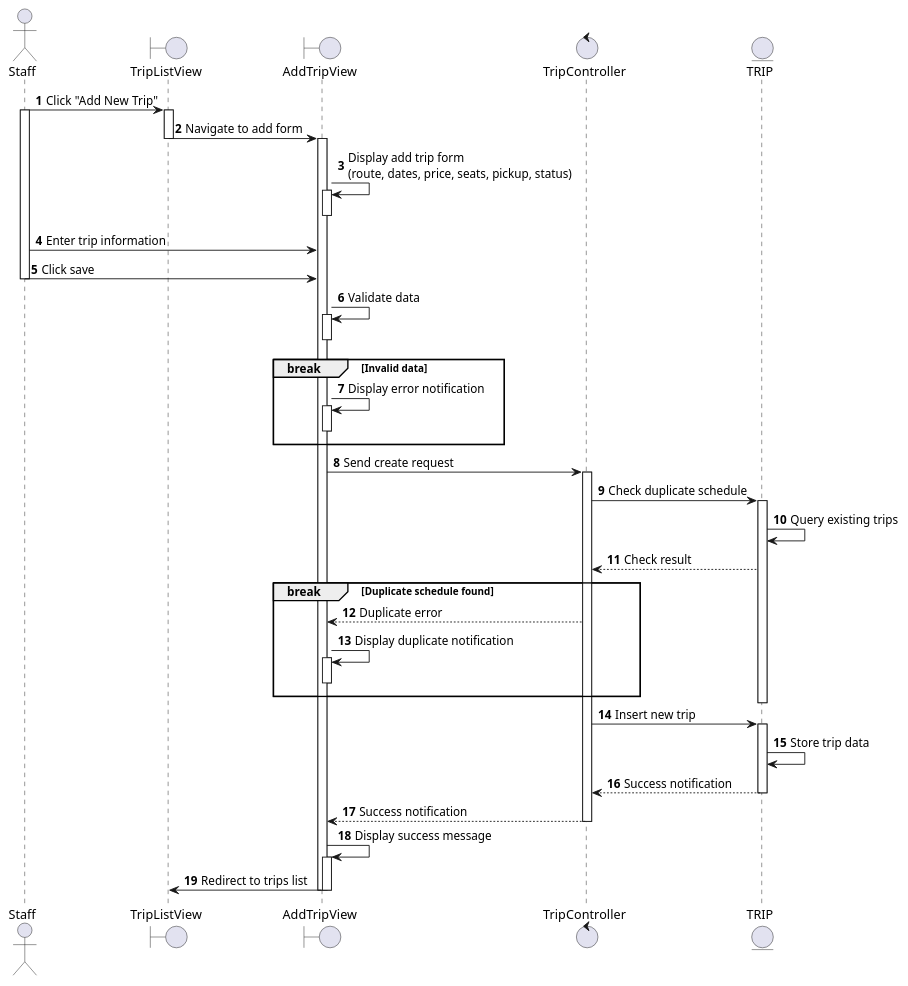
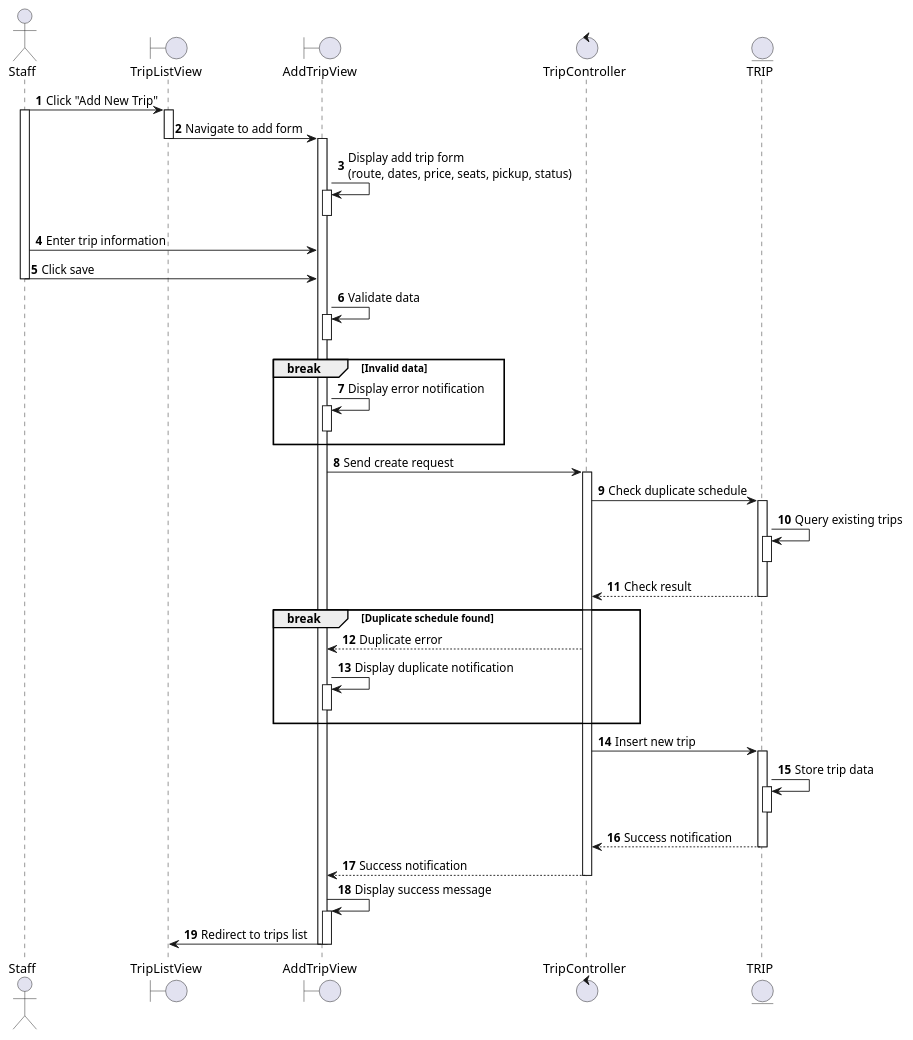
The diagram in docs/docs/sequence/manage-trips/add-new-trip.md (se113-wm/se113-wm.github.io), drawn with PlantUML before and after one commit. The commit also changed 37 other files, not shown here.

First line of the commit message:
Refactor sequence diagrams for booking and trip management

````diff
--- a/docs/docs/sequence/manage-trips/add-new-trip.md
+++ b/docs/docs/sequence/manage-trips/add-new-trip.md
@@ -3,65 +3,71 @@
 ```plantuml
 @startuml
 autonumber
 
 actor Staff as S
 boundary TripListView as TLV
 boundary AddTripView as ATV
 control TripController as TC
 entity TRIP as T
 
 S -> TLV: Click "Add New Trip"
 activate S
 activate TLV
 TLV -> ATV: Navigate to add form
 deactivate TLV
 activate ATV
 ATV -> ATV: Display add trip form\n(route, dates, price, seats, pickup, status)
 activate ATV
 deactivate ATV
 
 S -> ATV: Enter trip information
 S -> ATV: Click save
 deactivate S
 ATV -> ATV: Validate data
 activate ATV
 deactivate ATV
 
 break Invalid data
   ATV -> ATV: Display error notification
   activate ATV
   deactivate ATV
 end
 
 ATV -> TC: Send create request
 activate TC
 TC -> T: Check duplicate schedule
 activate T
 T -> T: Query existing trips
+activate T
+deactivate T
+
 TC <-- T: Check result
+deactivate T
 
 break Duplicate schedule found
   ATV <-- TC: Duplicate error
   ATV -> ATV: Display duplicate notification
   activate ATV
   deactivate ATV
 end
 
 deactivate T
 TC -> T: Insert new trip
 activate T
 T -> T: Store trip data
+activate T
+deactivate T
 TC <-- T: Success notification
 deactivate T
 ATV <-- TC: Success notification
 deactivate TC
 ATV -> ATV: Display success message
 activate ATV
 ATV -> TLV: Redirect to trips list
 deactivate ATV
 deactivate ATV
 
 @enduml
 
 <!-- diagram id="sequence-manage-trips-add-new-trip" -->
 ```
````
